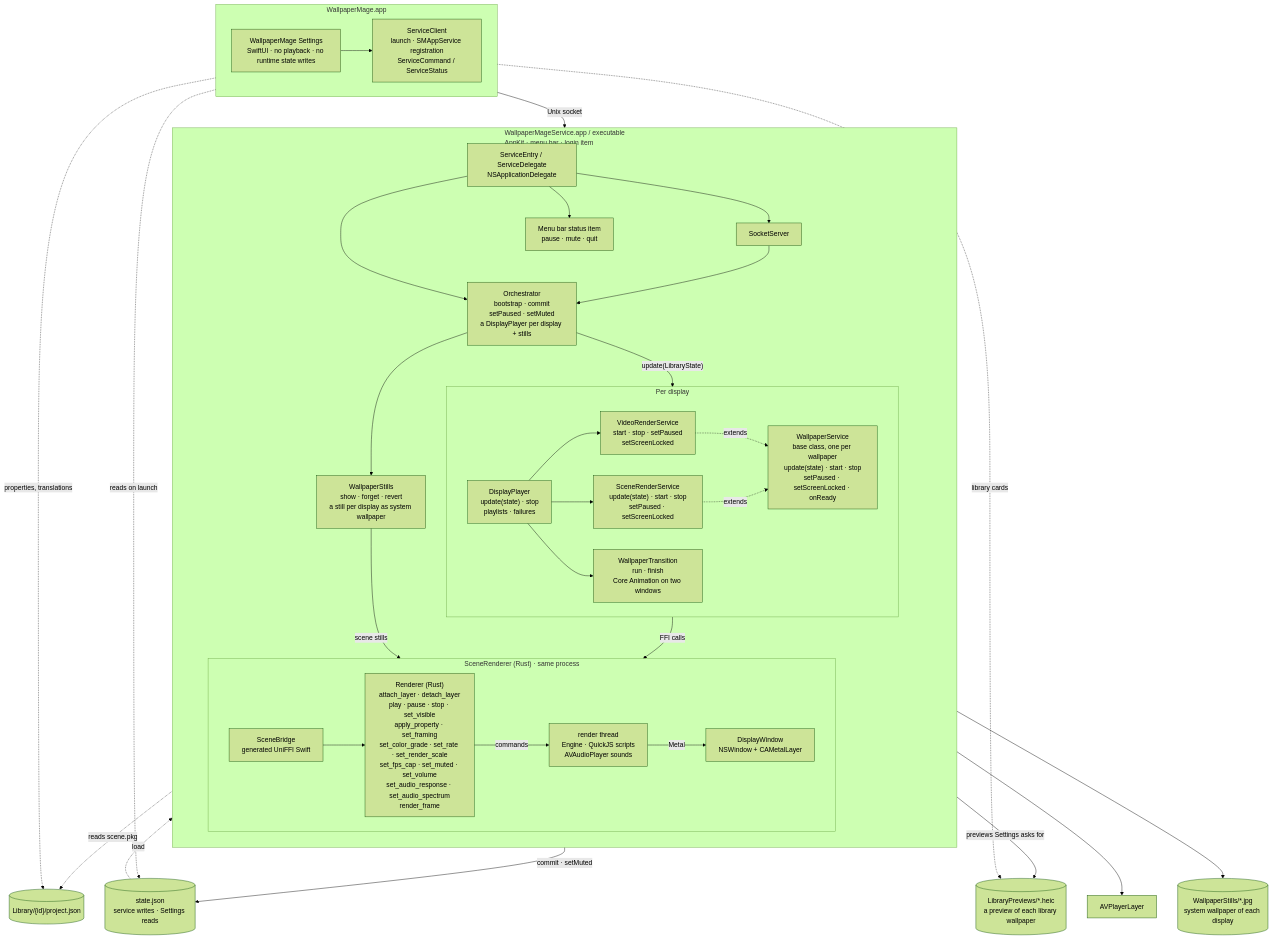
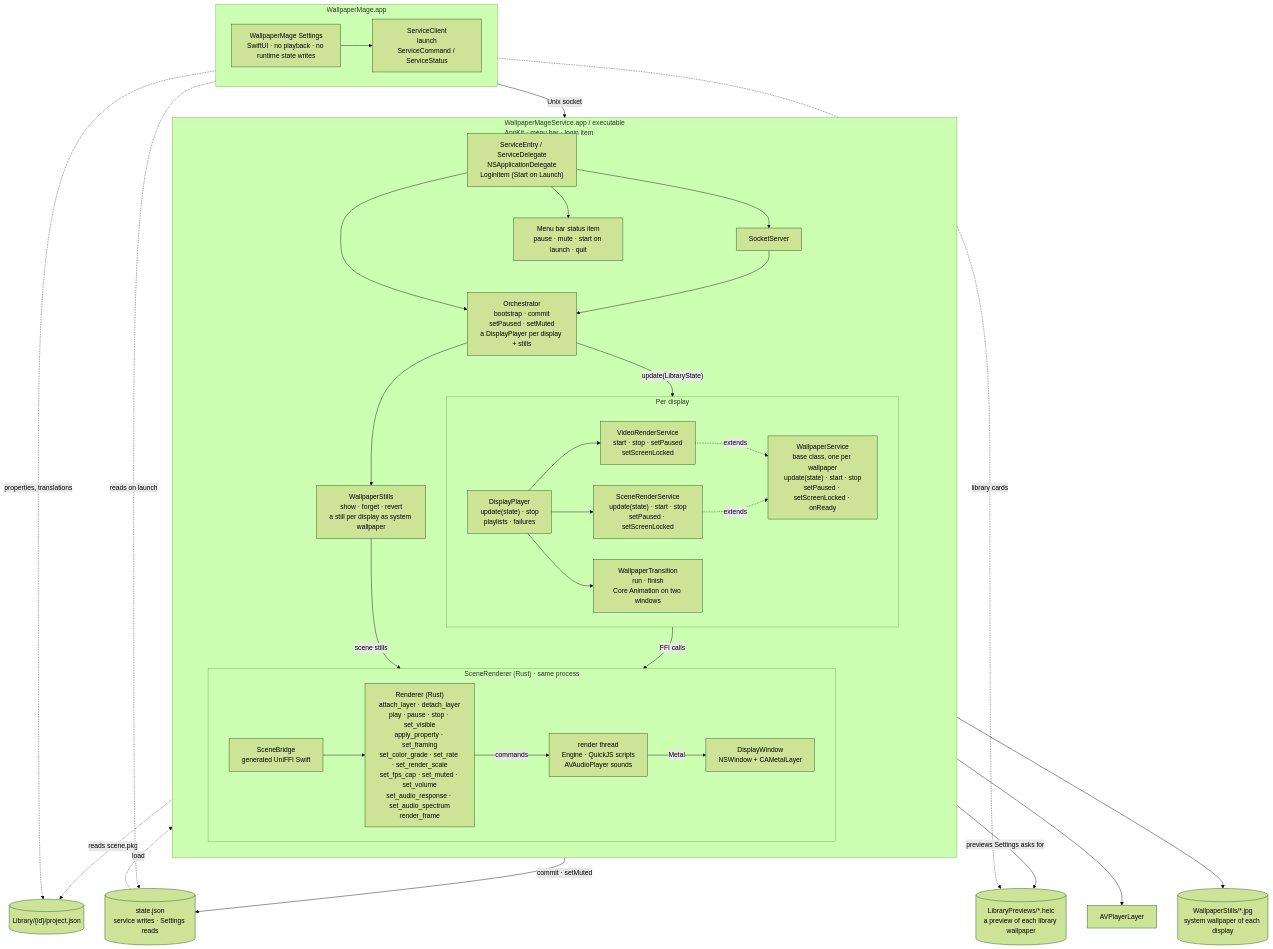
Before and after one commit to Keksuccino/LiveWallpaper: the diagram in ARCHITECTURE.md, drawn with Mermaid (forest theme). The commit also changed other lines of this file and 13 other files, not shown here.

Commit message:
Add Start on Launch login item and informal localization updates

````diff
--- a/ARCHITECTURE.md
+++ b/ARCHITECTURE.md
@@ -14,69 +14,69 @@
 ```mermaid
 flowchart TB
     subgraph APP["WallpaperMage.app"]
         direction LR
         UI["WallpaperMage Settings<br/>SwiftUI · no playback · no runtime state writes"]
-        CLIENT["ServiceClient<br/>launch · SMAppService registration<br/>ServiceCommand / ServiceStatus"]
+        CLIENT["ServiceClient<br/>launch<br/>ServiceCommand / ServiceStatus"]
         UI --> CLIENT
     end
 
     subgraph SERVICE["WallpaperMageService.app / executable<br/>AppKit · menu bar · login item"]
         direction TB
-        ENTRY["ServiceEntry / ServiceDelegate<br/>NSApplicationDelegate"]
+        ENTRY["ServiceEntry / ServiceDelegate<br/>NSApplicationDelegate<br/>LoginItem (Start on Launch)"]
         SOCK["SocketServer"]
         ORCH["Orchestrator<br/>bootstrap · commit<br/>setPaused · setMuted<br/>a DisplayPlayer per display + stills"]
-        MENU["Menu bar status item<br/>pause · mute · quit"]
+        MENU["Menu bar status item<br/>pause · mute · start on launch · quit"]
 
         subgraph PLAY["Per display"]
             direction LR
             PLAYER["DisplayPlayer<br/>update(state) · stop<br/>playlists · failures"]
             TRANS["WallpaperTransition<br/>run · finish<br/>Core Animation on two windows"]
             BASE["WallpaperService<br/>base class, one per wallpaper<br/>update(state) · start · stop<br/>setPaused · setScreenLocked · onReady"]
             VIDEO["VideoRenderService<br/>start · stop · setPaused<br/>setScreenLocked"]
             SCENE["SceneRenderService<br/>update(state) · start · stop<br/>setPaused · setScreenLocked"]
         end
         STILLS["WallpaperStills<br/>show · forget · revert<br/>a still per display as system wallpaper"]
 
         subgraph RUST["SceneRenderer (Rust) · same process"]
             direction LR
             FFI["SceneBridge<br/>generated UniFFI Swift"]
             API["Renderer (Rust)<br/>attach_layer · detach_layer<br/>play · pause · stop · set_visible<br/>apply_property · set_framing<br/>set_color_grade · set_rate · set_render_scale<br/>set_fps_cap · set_muted · set_volume<br/>set_audio_response · set_audio_spectrum<br/>render_frame"]
             THREAD["render thread<br/>Engine · QuickJS scripts<br/>AVAudioPlayer sounds"]
             WINDOW["DisplayWindow<br/>NSWindow + CAMetalLayer"]
         end
 
         ENTRY --> SOCK
         ENTRY --> ORCH
         ENTRY --> MENU
         SOCK --> ORCH
         ORCH -->|"update(LibraryState)"| PLAYER
         PLAYER --> VIDEO
         PLAYER --> SCENE
         PLAYER --> TRANS
         ORCH --> STILLS
         STILLS -->|"scene stills"| FFI
         VIDEO -.->|extends| BASE
         SCENE -.->|extends| BASE
         SCENE -->|"FFI calls"| FFI
         FFI --> API
         API -->|"commands"| THREAD
         THREAD -->|"Metal"| WINDOW
     end
 
     STATE[("state.json<br/>service writes · Settings reads")]
     PROJECT[("Library/{id}/project.json")]
     STILLFILES[("WallpaperStills/*.jpg<br/>system wallpaper of each display")]
     PREVIEWFILES[("LibraryPreviews/*.heic<br/>a preview of each library wallpaper")]
     AV["AVPlayerLayer"]
 
     CLIENT -->|"Unix socket"| SOCK
     UI -.->|"reads on launch"| STATE
     UI -.->|"properties, translations"| PROJECT
     ORCH -->|"commit · setMuted"| STATE
     STATE -.->|"load"| ORCH
     THREAD -.->|"reads scene.pkg"| PROJECT
     VIDEO --> AV
     STILLS --> STILLFILES
     ORCH -->|"previews Settings asks for"| PREVIEWFILES
     UI -.->|"library cards"| PREVIEWFILES
 ```
````
